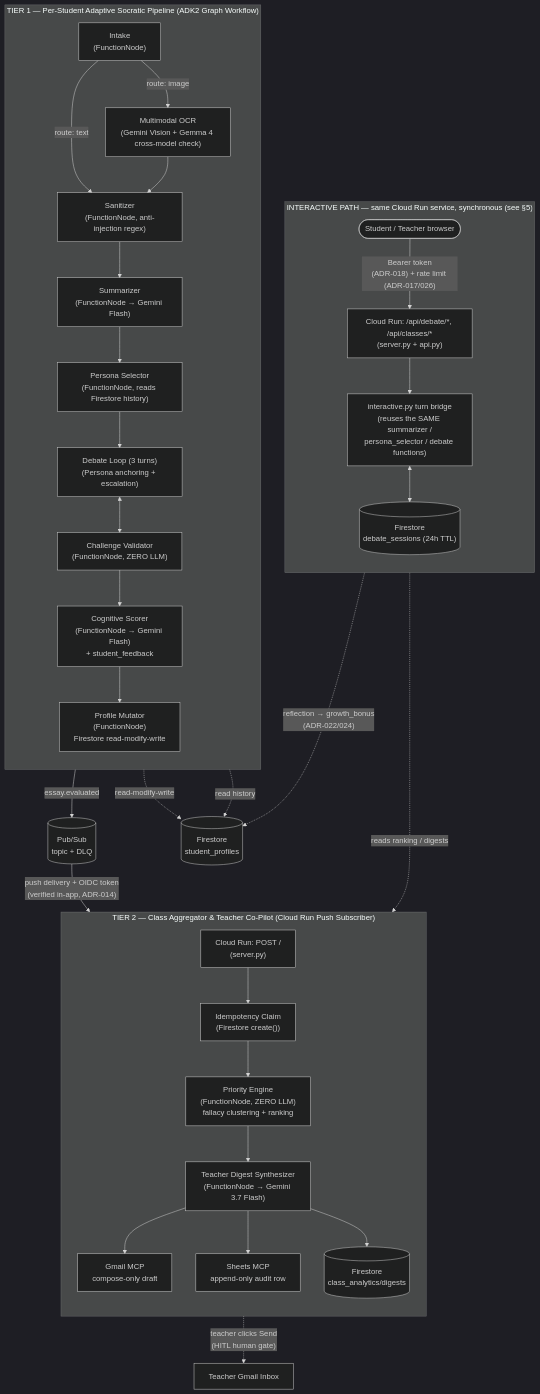
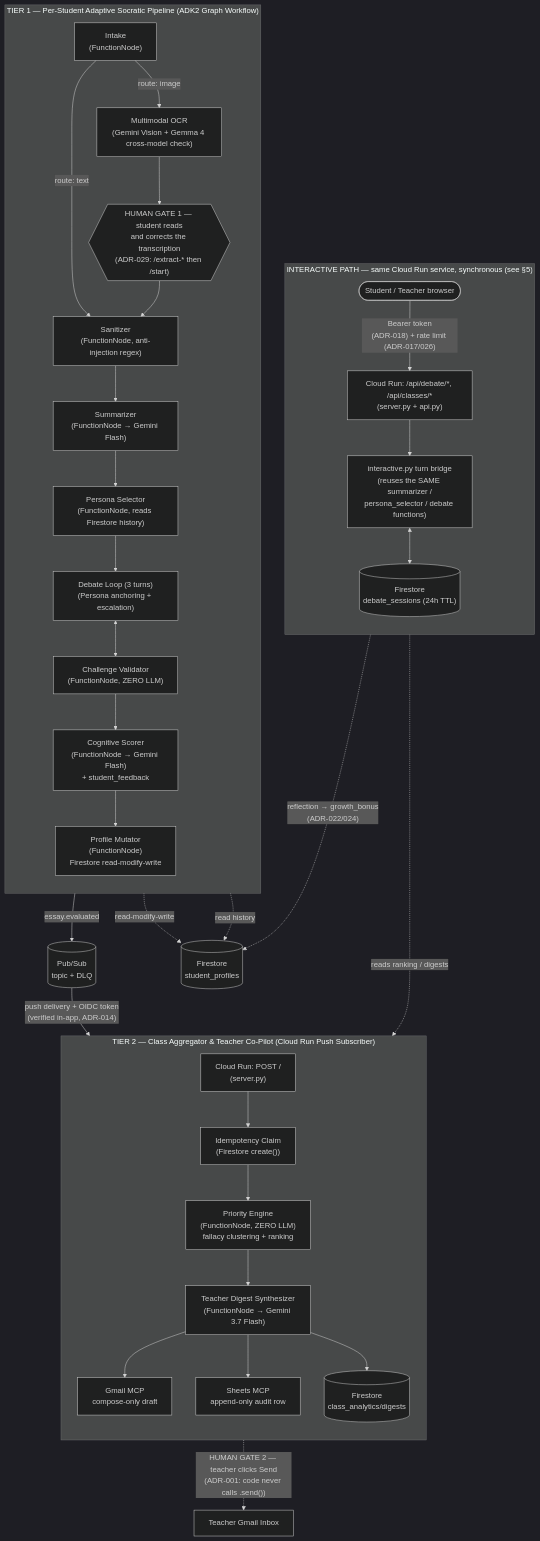
The diagram in README.md (francisnguyenanh/EduAgent), drawn with Mermaid (dark theme) before and after one commit. The commit also changed other lines of this file and 109 other files, not shown here.

````diff
--- a/README.md
+++ b/README.md
@@ -115,42 +115,43 @@
 ```mermaid
 flowchart TD
     subgraph T1["TIER 1 — Per-Student Adaptive Socratic Pipeline (ADK2 Graph Workflow)"]
         direction TB
         IN["Intake\n(FunctionNode)"] -->|route: image| OCR["Multimodal OCR\n(Gemini Vision + Gemma 4 cross-model check)"]
         IN -->|route: text| SAN["Sanitizer\n(FunctionNode, anti-injection regex)"]
-        OCR --> SAN
+        OCR --> CONFIRM{{"HUMAN GATE 1 — student reads\nand corrects the transcription\n(ADR-029: /extract-* then /start)"}}
+        CONFIRM --> SAN
         SAN --> SUM["Summarizer\n(FunctionNode → Gemini Flash)"]
         SUM --> PS["Persona Selector\n(FunctionNode, reads Firestore history)"]
         PS --> DEBATE["Debate Loop (3 turns)\n(Persona anchoring + escalation)"]
         DEBATE <--> VAL["Challenge Validator\n(FunctionNode, ZERO LLM)"]
         VAL --> SCORE["Cognitive Scorer\n(FunctionNode → Gemini Flash)\n+ student_feedback"]
         SCORE --> MUT["Profile Mutator\n(FunctionNode)\nFirestore read-modify-write"]
     end
 
     MUT -->|"essay.evaluated"| PUBSUB[("Pub/Sub\ntopic + DLQ")]
 
     subgraph T2["TIER 2 — Class Aggregator & Teacher Co-Pilot (Cloud Run Push Subscriber)"]
         direction TB
         SUB["Cloud Run: POST /\n(server.py)"] --> IDEM["Idempotency Claim\n(Firestore create())"]
         IDEM --> RANK["Priority Engine\n(FunctionNode, ZERO LLM)\nfallacy clustering + ranking"]
         RANK --> DIGEST["Teacher Digest Synthesizer\n(FunctionNode → Gemini 3.7 Flash)"]
         DIGEST --> GMAIL["Gmail MCP\ncompose-only draft"]
         DIGEST --> SHEETS["Sheets MCP\nappend-only audit row"]
         DIGEST --> ANALYTICS[("Firestore\nclass_analytics/digests")]
     end
 
     PUBSUB -->|"push delivery + OIDC token\n(verified in-app, ADR-014)"| SUB
 
     subgraph WEB["INTERACTIVE PATH — same Cloud Run service, synchronous (see §5)"]
         direction TB
         JUDGE(["Student / Teacher browser"]) -->|"Bearer token\n(ADR-018) + rate limit (ADR-017/026)"| API["Cloud Run: /api/debate/*, /api/classes/*\n(server.py + api.py)"]
         API --> BRIDGE["interactive.py turn bridge\n(reuses the SAME summarizer /\npersona_selector / debate functions)"]
         BRIDGE <--> SESSIONS[("Firestore\ndebate_sessions (24h TTL)")]
     end
 
     BRIDGE -.->|"reflection → growth_bonus\n(ADR-022/024)"| PROFILES
     MUT -.->|"read-modify-write"| PROFILES[("Firestore\nstudent_profiles")]
     PS -.->|"read history"| PROFILES
     API -.->|"reads ranking / digests"| ANALYTICS
-    GMAIL -.->|"teacher clicks Send\n(HITL human gate)"| TEACHER["Teacher Gmail Inbox"]
+    GMAIL -.->|"HUMAN GATE 2 — teacher clicks Send\n(ADR-001: code never calls .send())"| TEACHER["Teacher Gmail Inbox"]
 ```
````
